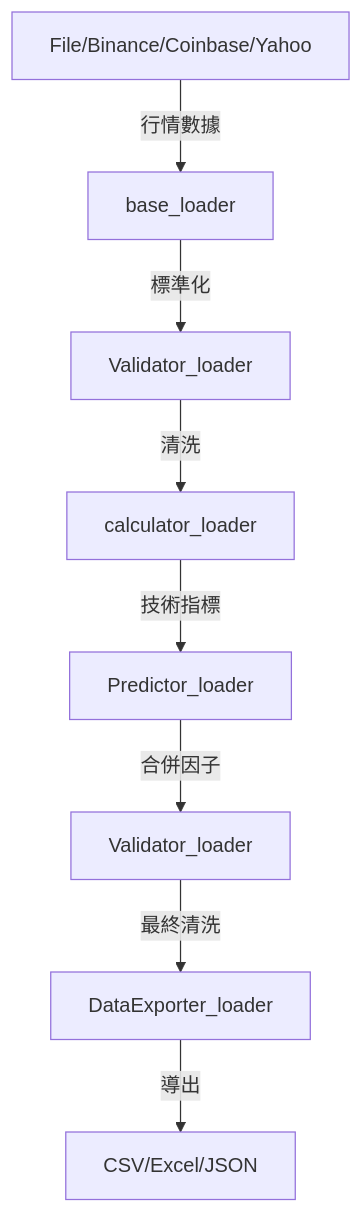
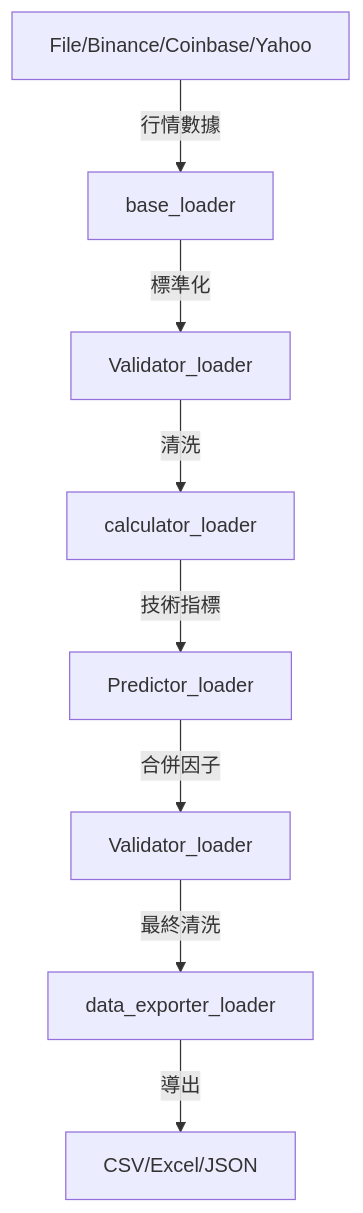
The diagram in dataloader/README.md (lo2cin4/lo2cin4bt), drawn with Mermaid before and after one commit. The commit also changed other lines of this file and 2 other files, not shown here.

Commit message:
chore: rename data exporter loader to lower snake case

````diff
--- a/dataloader/README.md
+++ b/dataloader/README.md
@@ -99,10 +99,10 @@
 ```mermaid
 flowchart TD
     A[File/Binance/Coinbase/Yahoo] -->|行情數據| B[base_loader]
     B -->|標準化| C[Validator_loader]
     C -->|清洗| D[calculator_loader]
     D -->|技術指標| E[Predictor_loader]
     E -->|合併因子| F[Validator_loader]
-    F -->|最終清洗| G[DataExporter_loader]
+    F -->|最終清洗| G[data_exporter_loader]
     G -->|導出| H[CSV/Excel/JSON]
 ```
````
